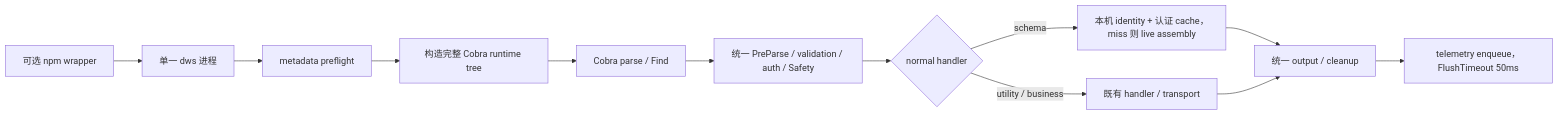
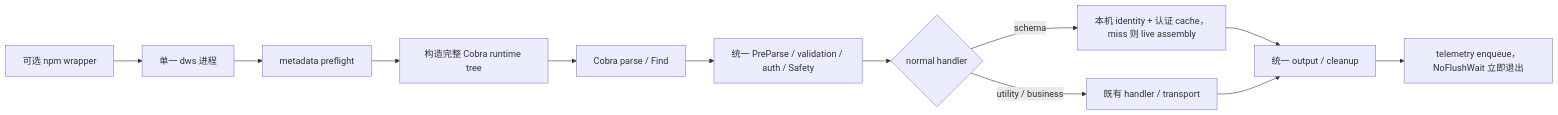
Before and after one commit to DingTalk-Real-AI/dingtalk-workspace-cli: the diagram in docs/rfc-schema-runtime-cache.md, drawn with Mermaid. The commit also changed other lines of this file and 4 other files, not shown here.

First line of the commit message:
fix(telemetry): default to NoFlushWait, drop the 50ms exit flush wait

````diff
--- a/docs/rfc-schema-runtime-cache.md
+++ b/docs/rfc-schema-runtime-cache.md
@@ -25,14 +25,14 @@
 ```mermaid
 flowchart LR
     W[可选 npm wrapper] --> D[单一 dws 进程]
     D --> I[metadata preflight]
     I --> T[构造完整 Cobra runtime tree]
     T --> C[Cobra parse / Find]
     C --> P[统一 PreParse / validation / auth / Safety]
     P --> H{normal handler}
     H -->|schema| S[本机 identity + 认证 cache，miss 则 live assembly]
     H -->|utility / business| B[既有 handler / transport]
     S --> O[统一 output / cleanup]
     B --> O
-    O --> Q[telemetry enqueue，FlushTimeout 50ms]
+    O --> Q[telemetry enqueue，NoFlushWait 立即退出]
 ```
````
